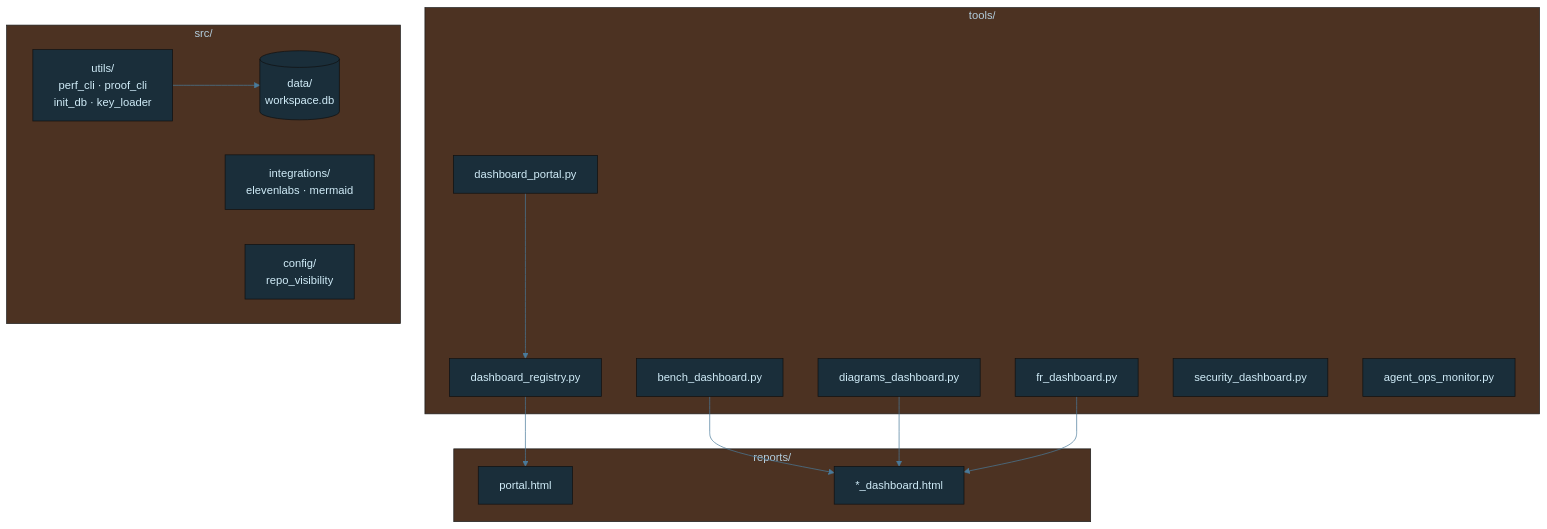
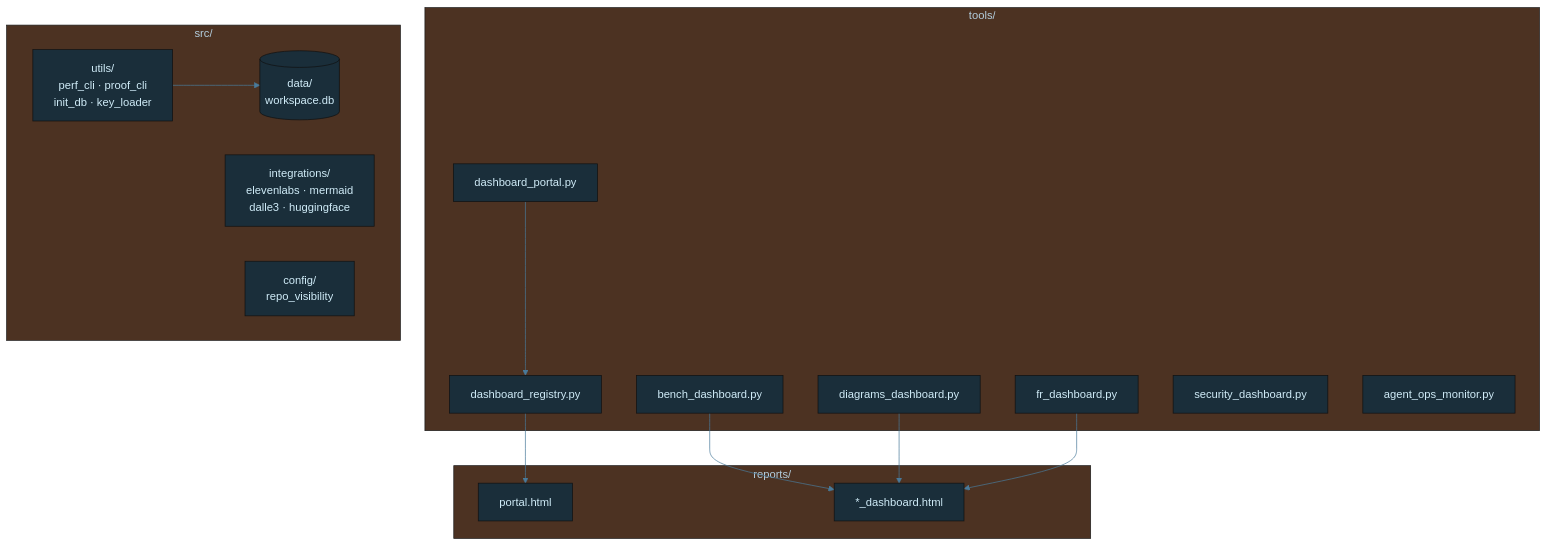
One commit to tylerdrakemusic/-Workspace changed the diagram in diagrams/workspace-architecture-detail.mmd. Above: the diagram before and after it, drawn with Mermaid. The commit also changed 2 other files, not shown here.

Commit message:
chore(diagrams): update architecture diagrams for image integrations
- workspace-integrations.mmd: add DALL-E 3 + HuggingFace edges from
  Workspace to OpenAI/HF external nodes; add cross-project dashed edge
  Workspace -.-> Manifest (dalle3 + hf image clients)
- workspace-architecture-detail.mmd: expand Integrations label to include
  dalle3 and huggingface modules (was: elevenlabs · mermaid)
- manifest-architecture.mmd: add lily_portrait.py utility node + full
  portrait generation cascade (DallE3 -> HFImage -> SVGFallback) with
  importlib cross-project edges to WSIntegrations; add new classDefs

Architecture reviewer verdict: HARD_BLOCK resolved.
FRs: FR-20260426-dalle3-image-integration, FR-20260426-huggingface-image-integration,
     FR-20260426-lily-portrait-executive-brief

```diff
--- a/diagrams/workspace-architecture-detail.mmd
+++ b/diagrams/workspace-architecture-detail.mmd
@@ -1,40 +1,40 @@
 %%{init: {'theme': 'base', 'themeVariables': {'primaryColor': '#1a2e3a', 'primaryTextColor': '#d0ecf8', 'edgeLabelBackground': '#0f1318', 'lineColor': '#4a7a9a'}}}%%
 graph TB
     subgraph Tools["tools/"]
         Portal[dashboard_portal.py]
         Registry[dashboard_registry.py]
         Bench[bench_dashboard.py]
         Diagrams[diagrams_dashboard.py]
         FR[fr_dashboard.py]
         Sec[security_dashboard.py]
         Ops[agent_ops_monitor.py]
     end
     subgraph Src["src/"]
         Utils[utils/<br/>perf_cli · proof_cli<br/>init_db · key_loader]
-        Integrations[integrations/<br/>elevenlabs · mermaid]
+        Integrations[integrations/<br/>elevenlabs · mermaid<br/>dalle3 · huggingface]
         Config[config/<br/>repo_visibility]
         Data[(data/<br/>workspace.db)]
     end
     subgraph Reports["reports/"]
         PortalHtml[portal.html]
         Dashes[*_dashboard.html]
     end
     Portal --> Registry
     Registry --> PortalHtml
     Bench --> Dashes
     Diagrams --> Dashes
     FR --> Dashes
     Utils --> Data
     class Tools tool
     class Src src
     class Reports out
 
 classDef life     fill:#1a2e3a,stroke:#6ab4d4,color:#d0ecf8
 classDef music    fill:#3a1a24,stroke:#d47a8f,color:#f8d0dc
 classDef quantum  fill:#251a3a,stroke:#a07adf,color:#e8d0f8
 classDef manifest fill:#3a2e1a,stroke:#d4a96a,color:#f8ead0
 classDef ws       fill:#1a3a30,stroke:#6ad4b4,color:#d0f8ee
 classDef tyler    fill:#2a1a3a,stroke:#9e4aff,color:#fff
 classDef ext      fill:#3a2020,stroke:#ff7a7a,color:#ffd0d0
 classDef db       fill:#3a3010,stroke:#d4c050,color:#f8f0c0
 classDef state    fill:#1a1a1a,stroke:#888888,color:#cccccc
```
